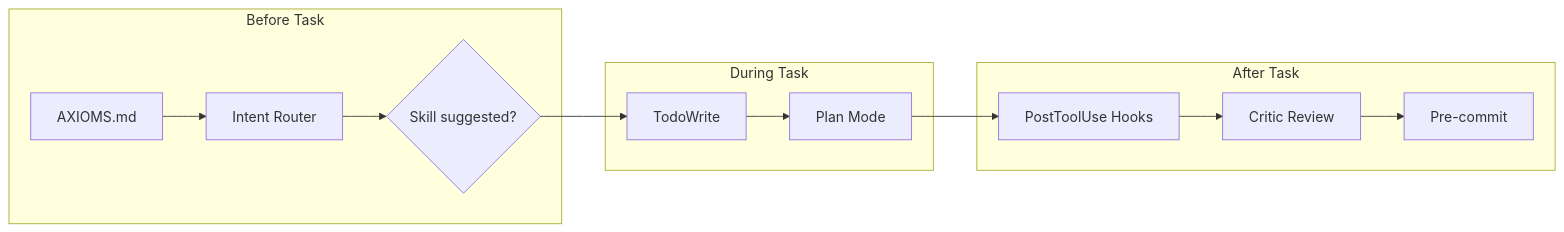
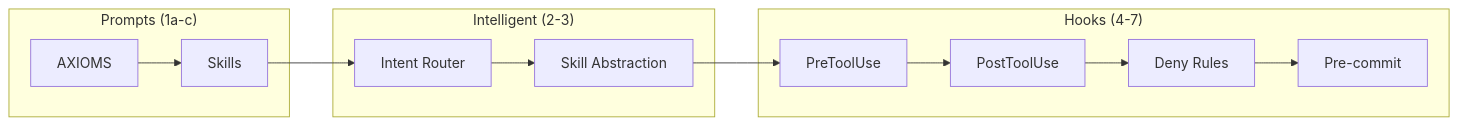
One commit to nicsuzor/academicOps changed the diagram in README.md. Above: the diagram before and after it, drawn with Mermaid. The commit also changed other lines of this file, not shown here.

First line of the commit message:
fix: correct README enforcement flowchart to 7-level ladder

````diff
--- a/README.md
+++ b/README.md
@@ -29,18 +29,18 @@
 ```mermaid
 graph LR
-    subgraph "Before Task"
-        A[AXIOMS.md] --> B[Intent Router]
-        B --> C{Skill suggested?}
+    subgraph "Prompts (1a-c)"
+        A[AXIOMS] --> B[Skills]
     end
 
-    subgraph "During Task"
-        C --> D[TodoWrite]
-        D --> E[Plan Mode]
+    subgraph "Intelligent (2-3)"
+        B --> C[Intent Router]
+        C --> D[Skill Abstraction]
     end
 
-    subgraph "After Task"
-        E --> F[PostToolUse Hooks]
-        F --> G[Critic Review]
+    subgraph "Hooks (4-7)"
+        D --> E[PreToolUse]
+        E --> F[PostToolUse]
+        F --> G[Deny Rules]
         G --> H[Pre-commit]
     end
 ```
````
